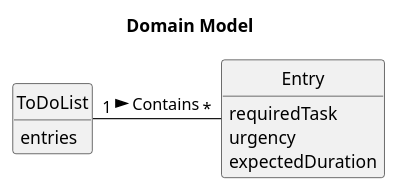
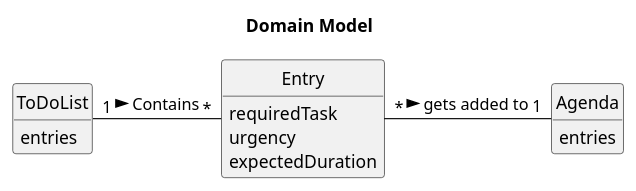
Before and after one commit to RicardoMorim/lapr2-ISEP-Project: the diagram in docs/sprintC/us022/02.analysis/puml/022-domain-model.puml, drawn with PlantUML. The commit also changed 156 other files, not shown here.

```diff
--- a/docs/sprintC/us022/02.analysis/puml/022-domain-model.puml
+++ b/docs/sprintC/us022/02.analysis/puml/022-domain-model.puml
@@ -1,25 +1,29 @@
 @startuml
 
 'left to right direction
 
 title Domain Model
 
 hide methods
 hide circle
 
 class Entry {
     requiredTask
     urgency
     expectedDuration
 }
 
 class ToDoList{
     entries
 }
 
+class Agenda{
+    entries
+}
+
 
 
 ToDoList "1" -  "*" Entry: Contains  >
-
+Entry "*" - "1" Agenda: gets added to >
 
 @enduml
```
